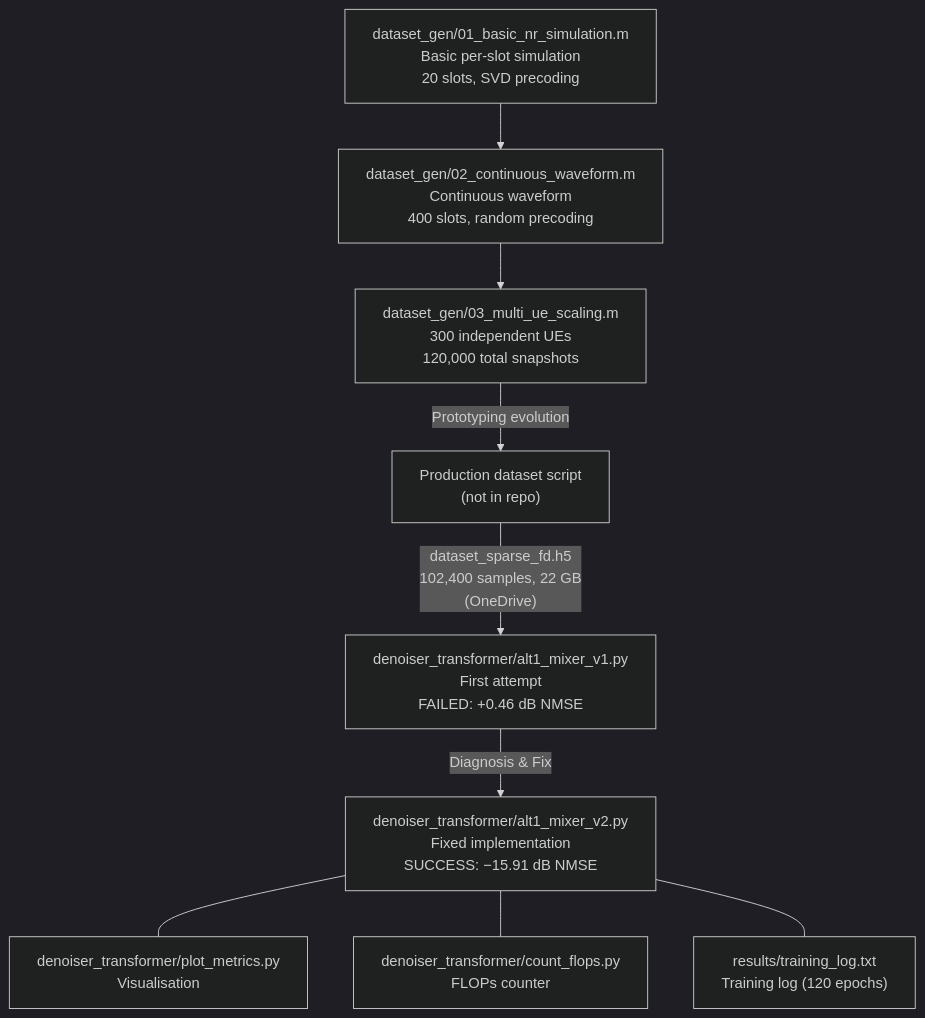
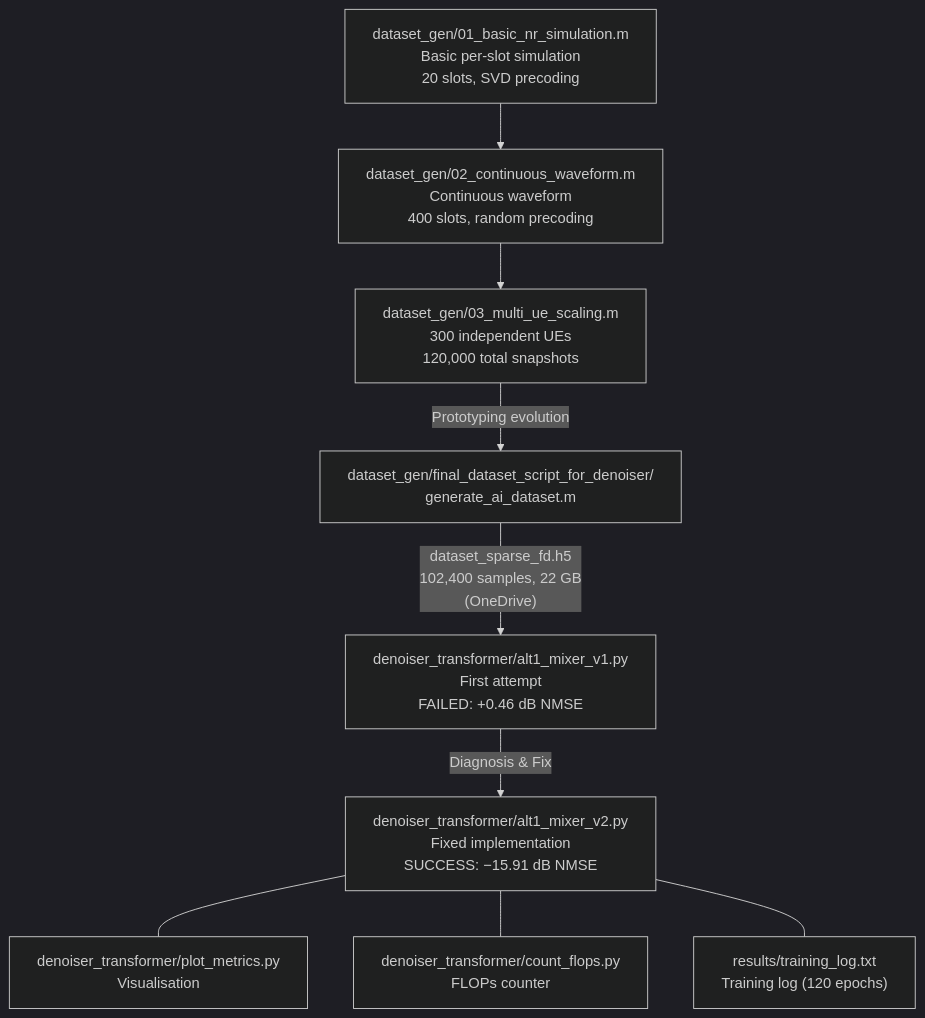
One commit to ABTG716/6G-AI-Sparse-DMRS-Estimation changed the diagram in timeline_and_report/project_report.md. Above: the diagram before and after it, drawn with Mermaid (dark theme). The commit also changed other lines of this file and 14 other files, not shown here.

First line of the commit message:
Add production dataset generation script (generate_ai_dataset.m)

````diff
--- a/timeline_and_report/project_report.md
+++ b/timeline_and_report/project_report.md
@@ -515,11 +553,11 @@
 ```mermaid
 graph TD
     A["dataset_gen/01_basic_nr_simulation.m<br/>Basic per-slot simulation<br/>20 slots, SVD precoding"] --> B["dataset_gen/02_continuous_waveform.m<br/>Continuous waveform<br/>400 slots, random precoding"]
     B --> C["dataset_gen/03_multi_ue_scaling.m<br/>300 independent UEs<br/>120,000 total snapshots"]
-    C -->|"Prototyping evolution"| X["Production dataset script<br/>(not in repo)"]
+    C -->|"Prototyping evolution"| X["dataset_gen/final_dataset_script_for_denoiser/<br/>generate_ai_dataset.m"]
     X -->|"dataset_sparse_fd.h5<br/>102,400 samples, 22 GB<br/>(OneDrive)"| D["denoiser_transformer/alt1_mixer_v1.py<br/>First attempt<br/>FAILED: +0.46 dB NMSE"]
     D -->|"Diagnosis & Fix"| E["denoiser_transformer/alt1_mixer_v2.py<br/>Fixed implementation<br/>SUCCESS: −15.91 dB NMSE"]
     E --- F["denoiser_transformer/plot_metrics.py<br/>Visualisation"]
     E --- G["denoiser_transformer/count_flops.py<br/>FLOPs counter"]
     E --- H["results/training_log.txt<br/>Training log (120 epochs)"]
 ```
````
